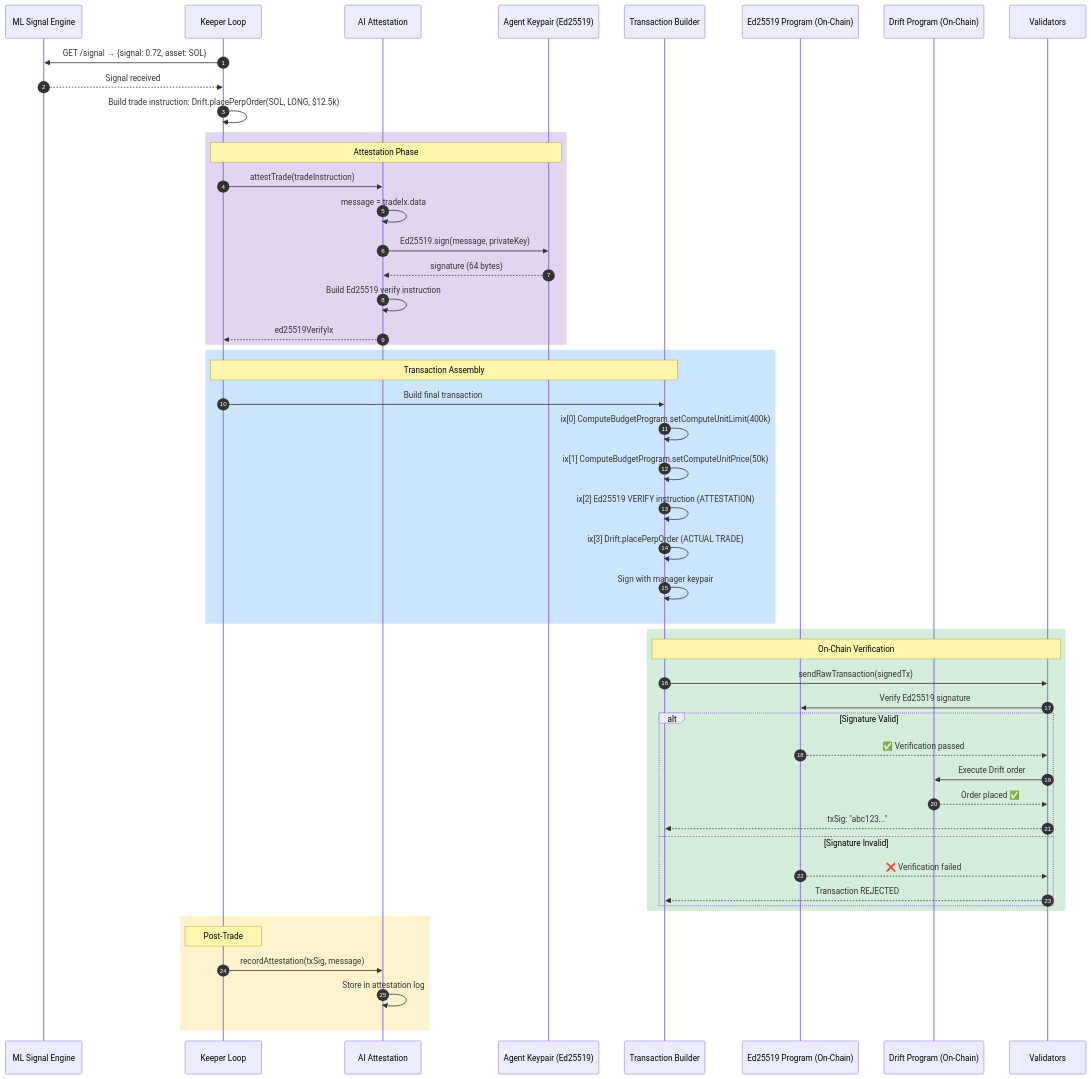
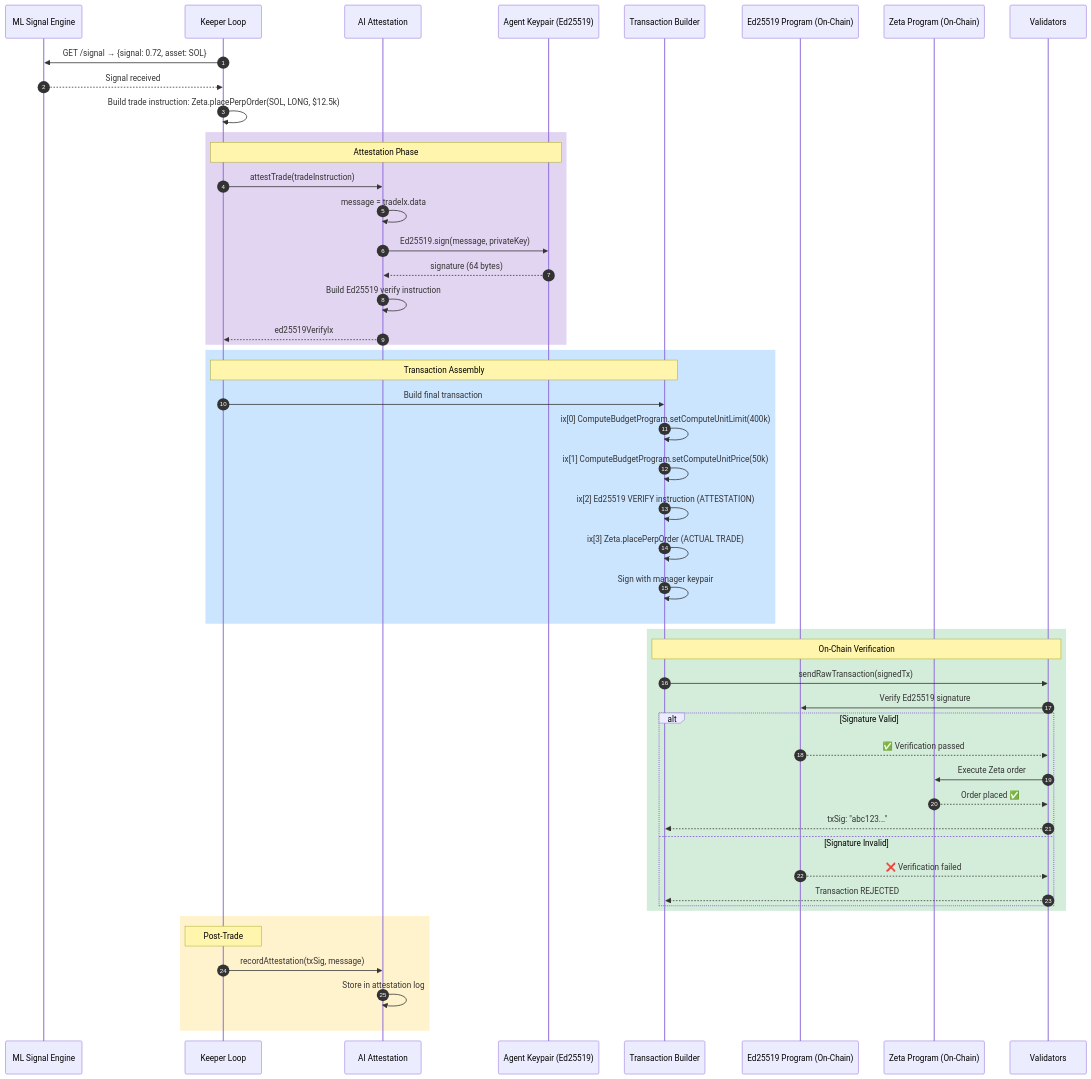
Before and after one commit to Ashutosh0x/ranger-ai-vault: the seventh of 20 diagrams in docs/ARCHITECTURE.md, drawn with Mermaid. The commit also changed other lines of this file and 82 other files, not shown here.

Commit message:
feat: pivot from Drift to Zeta Markets and add walk-forward backtest results

````diff
--- a/docs/ARCHITECTURE.md
+++ b/docs/ARCHITECTURE.md
@@ -547,58 +547,58 @@
 ```mermaid
 sequenceDiagram
     autonumber
     participant ML as ML Signal Engine
     participant KP as Keeper Loop
     participant AT as AI Attestation
     participant AK as Agent Keypair (Ed25519)
     participant TX as Transaction Builder
     participant ED as Ed25519 Program (On-Chain)
-    participant DR as Drift Program (On-Chain)
+    participant DR as Zeta Program (On-Chain)
     participant VL as Validators
 
     KP->>ML: GET /signal → {signal: 0.72, asset: SOL}
     ML-->>KP: Signal received
 
-    KP->>KP: Build trade instruction: Drift.placePerpOrder(SOL, LONG, $12.5k)
+    KP->>KP: Build trade instruction: Zeta.placePerpOrder(SOL, LONG, $12.5k)
 
     rect rgb(226, 213, 241)
         Note over KP,AK: Attestation Phase
         KP->>AT: attestTrade(tradeInstruction)
         AT->>AT: message = tradeIx.data
         AT->>AK: Ed25519.sign(message, privateKey)
         AK-->>AT: signature (64 bytes)
         AT->>AT: Build Ed25519 verify instruction
         AT-->>KP: ed25519VerifyIx
     end
 
     rect rgb(204, 229, 255)
         Note over KP,TX: Transaction Assembly
         KP->>TX: Build final transaction
         TX->>TX: ix[0] ComputeBudgetProgram.setComputeUnitLimit(400k)
         TX->>TX: ix[1] ComputeBudgetProgram.setComputeUnitPrice(50k)
         TX->>TX: ix[2] Ed25519 VERIFY instruction (ATTESTATION)
-        TX->>TX: ix[3] Drift.placePerpOrder (ACTUAL TRADE)
+        TX->>TX: ix[3] Zeta.placePerpOrder (ACTUAL TRADE)
         TX->>TX: Sign with manager keypair
     end
 
     rect rgb(212, 237, 218)
         Note over TX,VL: On-Chain Verification
         TX->>VL: sendRawTransaction(signedTx)
         VL->>ED: Verify Ed25519 signature
         alt Signature Valid
             ED-->>VL: ✅ Verification passed
-            VL->>DR: Execute Drift order
+            VL->>DR: Execute Zeta order
             DR-->>VL: Order placed ✅
             VL-->>TX: txSig: "abc123..."
         else Signature Invalid
             ED-->>VL: ❌ Verification failed
             VL-->>TX: Transaction REJECTED
         end
     end
 
     rect rgb(255, 243, 205)
         Note over KP: Post-Trade
         KP->>AT: recordAttestation(txSig, message)
         AT->>AT: Store in attestation log
     end
 ```
````
